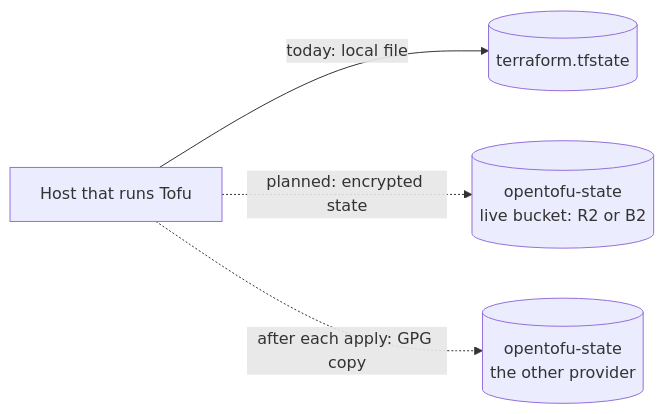
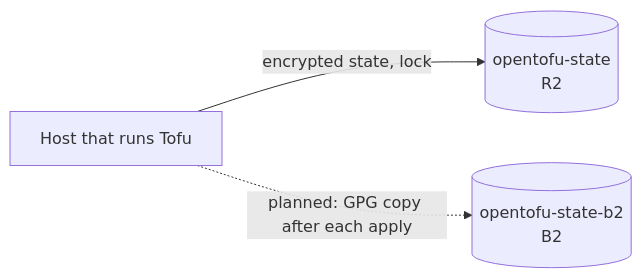
Before and after one commit to wenenhoe/homelab: the diagram in docs/topics/infra/tofu/state-and-credentials.md, drawn with Mermaid. The commit also changed other lines of this file and 5 other files, not shown here.

First line of the commit message:
feat: hold Tofu's state in the encrypted R2 bucket

````diff
--- a/docs/topics/infra/tofu/state-and-credentials.md
+++ b/docs/topics/infra/tofu/state-and-credentials.md
@@ -30,6 +20,5 @@
 ```mermaid
 flowchart LR
-    host["Host that runs Tofu"] -- "today: local file" --> local[("terraform.tfstate")]
-    host -. "planned: encrypted state" .-> live[("opentofu-state<br/>live bucket: R2 or B2")]
-    host -. "after each apply: GPG copy" .-> copy[("opentofu-state<br/>the other provider")]
+    host["Host that runs Tofu"] -- "encrypted state, lock" --> live[("opentofu-state<br/>R2")]
+    host -. "planned: GPG copy after each apply" .-> copy[("opentofu-state-b2<br/>B2")]
 ```
````
